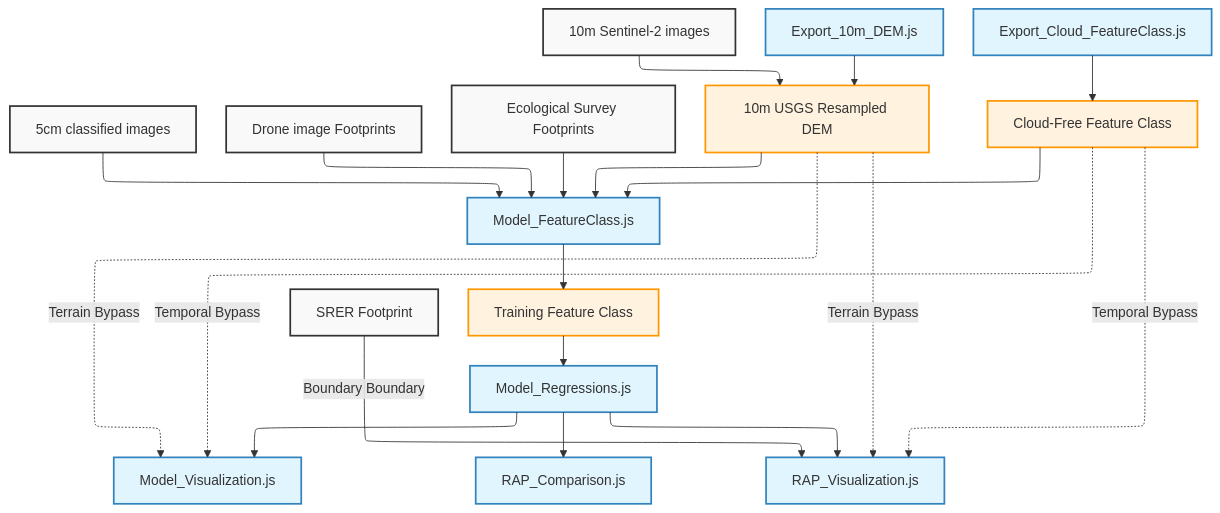
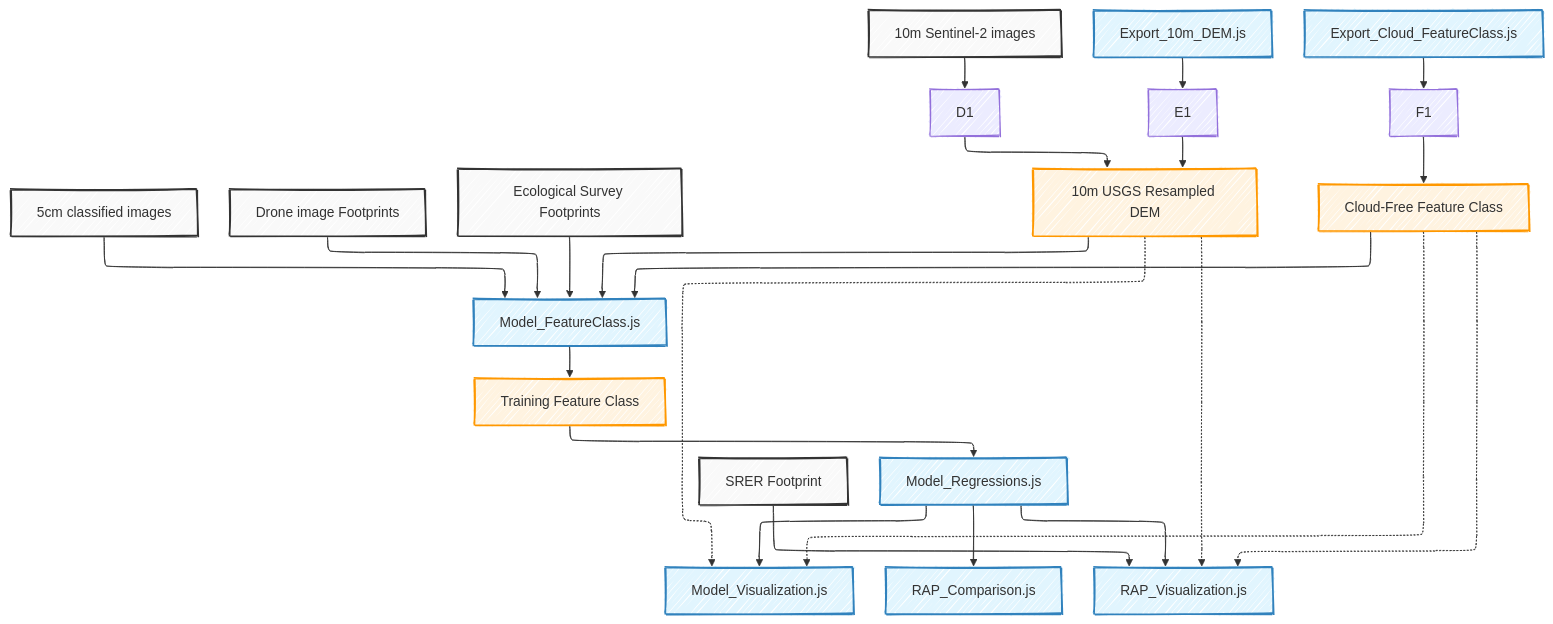
One commit to afullhart/SantaRita changed the diagram in README.md. Above: the diagram before and after it, drawn with Mermaid. The commit also changed other lines of this file, not shown here.

````diff
--- a/README.md
+++ b/README.md
@@ -2,65 +1,68 @@
 ```mermaid
 ---
 config:
   layout: elk
+  theme: default
+  look: handDrawn
+  edges: straight
 ---
 flowchart TD
     classDef input fill:#f9f9f9,stroke:#333,stroke-width:2px;
     classDef script fill:#e1f5fe,stroke:#3182bd,stroke-width:2px;
     classDef asset fill:#fff3e0,stroke:#ff9800,stroke-width:2px;
 
     %% Data Sources (Top Row Inputs)
     A[5cm classified images]:::input
     B[Drone image Footprints]:::input
     C[Ecological Survey Footprints]:::input
     D[10m Sentinel-2 images]:::input
     E[Export_10m_DEM.js]:::script
     F[Export_Cloud_FeatureClass.js]:::script
     G[SRER Footprint]:::input
 
     %% Intermediate Assets (The First Manifold Stage)
     H[10m USGS Resampled DEM]:::asset
     I[Cloud-Free Feature Class]:::asset
 
     %% Feature Extraction Core
     J[Model_FeatureClass.js]:::script
     K[Training Feature Class]:::asset
 
     %% Analysis & Execution
     L[Model_Regressions.js]:::script
 
     %% Downstream Visualization & Comparison (Bottom Row Outputs)
     M[Model_Visualization.js]:::script
     N[RAP_Comparison.js]:::script
     O[RAP_Visualization.js]:::script
 
     %% --- CONNECTIONS & FLOW ---
 
     %% Pre-Processing Flows
-    D --> H
-    E --> H
-    F --> I
+    D --> D1--> H
+    E --> E1--> H
+    F --> F1--> I
 
     %% Central Extraction Manifold (5 Data Paths Merging Into Feature Class)
     A --> J
     B --> J
     C --> J
     H --> J
     I --> J
 
     %% Post-Extraction Path
     J --> K
     K --> L
 
     %% The Linear Regression Multi-Funnels
     L --> M
     L --> N
     L --> O
 
-    %% Global Asset Bypasses (Routing intermediate assets around training directly to UI scripts)
-    H -.->|Terrain Bypass| M
-    H -.->|Terrain Bypass| O
-    I -.->|Temporal Bypass| M
-    I -.->|Temporal Bypass| O
-    G -->|Boundary Boundary| O
+    %% Global Asset Bypasses
+    H -.-> M
+    H -.-> O
+    I -.-> M
+    I -.-> O
+    G --> O
 ```
````
